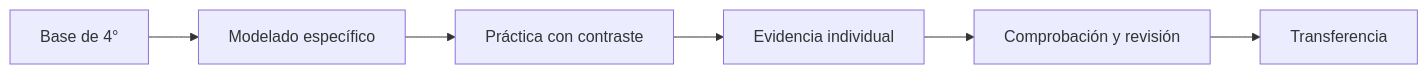
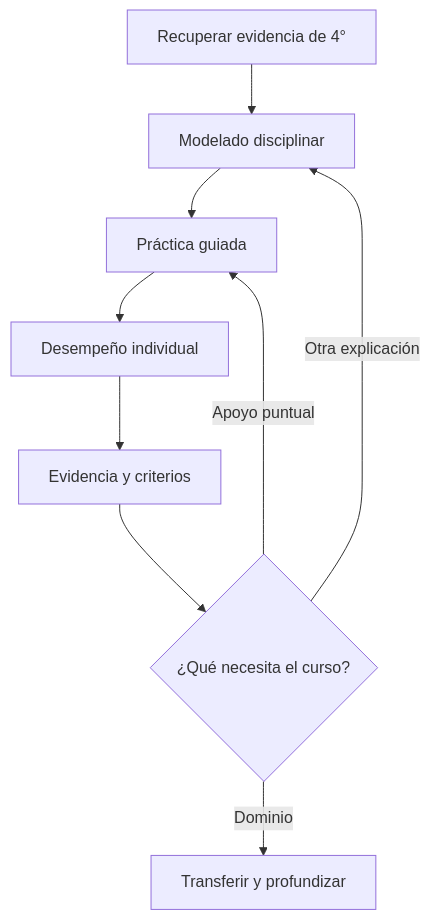
One commit to vladimiracunadev-create/chilean-school-learning-path changed the diagram in docs/5-basico/README.md. Above: the diagram before and after it, drawn with Mermaid. The commit also changed other lines of this file and 433 other files, not shown here.

```diff
--- a/docs/5-basico/README.md
+++ b/docs/5-basico/README.md
@@ -28,8 +46,11 @@
 ~~~mermaid
-flowchart LR
-    A[Base de 4°] --> B[Modelado específico]
-    B --> C[Práctica con contraste]
-    C --> D[Evidencia individual]
-    D --> E[Comprobación y revisión]
-    E --> F[Transferencia]
+flowchart TD
+    A[Recuperar evidencia de 4°] --> B[Modelado disciplinar]
+    B --> C[Práctica guiada]
+    C --> D[Desempeño individual]
+    D --> E[Evidencia y criterios]
+    E --> F{¿Qué necesita el curso?}
+    F -->|Dominio| G[Transferir y profundizar]
+    F -->|Apoyo puntual| C
+    F -->|Otra explicación| B
 ~~~
```
